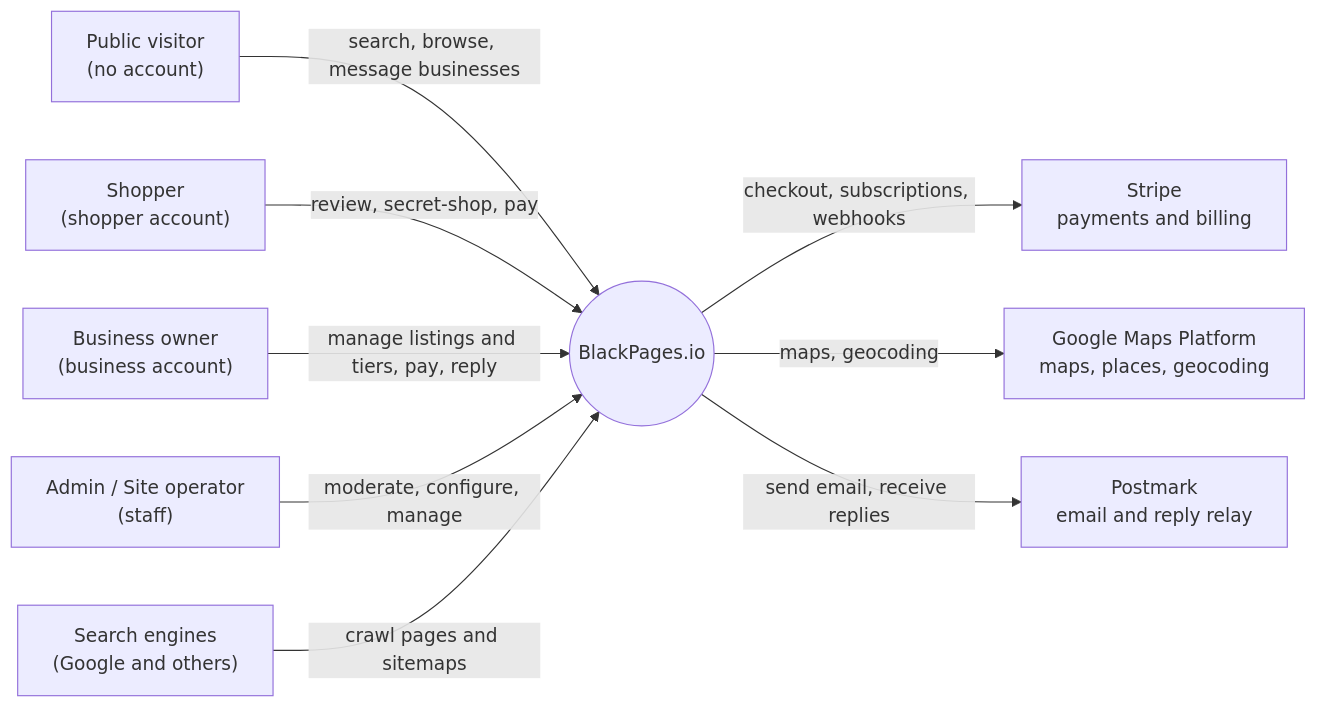
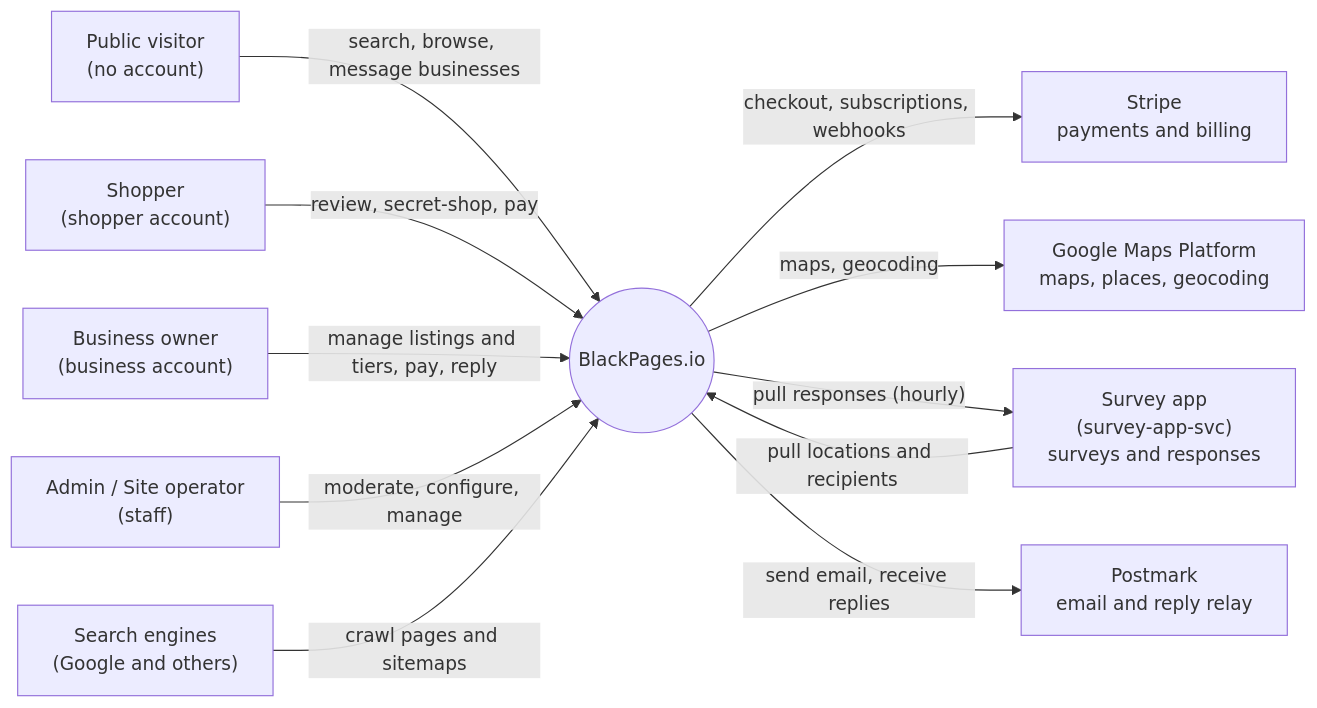
One commit to Rohanb1836/directory-app-infra-rohan changed the first of 15 diagrams in docs/architecture/system-overview.md. Above: the diagram before and after it, drawn with Mermaid. The commit also changed other lines of this file and 17 other files, not shown here.

Commit message:
added survey app integration, review for ui user stories

````diff
--- a/docs/architecture/system-overview.md
+++ b/docs/architecture/system-overview.md
@@ -39,24 +39,27 @@
 ```mermaid
 flowchart LR
     visitor["Public visitor<br/>(no account)"]
     shopper["Shopper<br/>(shopper account)"]
     owner["Business owner<br/>(business account)"]
     staff["Admin / Site operator<br/>(staff)"]
 
     bp(("BlackPages.io"))
 
     stripe["Stripe<br/>payments and billing"]
     google["Google Maps Platform<br/>maps, places, geocoding"]
     postmark["Postmark<br/>email and reply relay"]
     crawlers["Search engines<br/>(Google and others)"]
+    survey["Survey app<br/>(survey-app-svc)<br/>surveys and responses"]
 
     visitor -- "search, browse, message businesses" --> bp
     shopper -- "review, secret-shop, pay" --> bp
     owner -- "manage listings and tiers, pay, reply" --> bp
     staff -- "moderate, configure, manage" --> bp
     crawlers -- "crawl pages and sitemaps" --> bp
 
     bp -- "checkout, subscriptions, webhooks" --> stripe
     bp -- "maps, geocoding" --> google
+    bp -- "pull responses (hourly)" --> survey
+    survey -- "pull locations and recipients" --> bp
     bp -- "send email, receive replies" --> postmark
 ```
````
